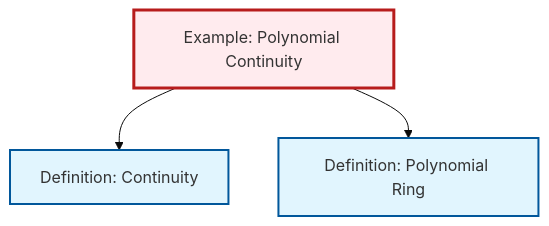
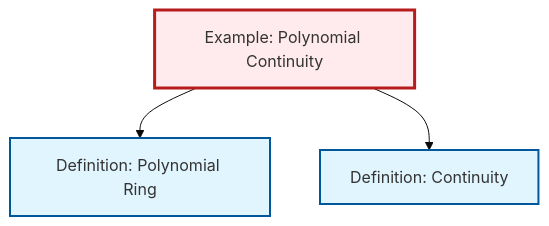
One commit to RK0429/ModernMath changed the diagram in content/en/analysis/ex-polynomial-continuity.qmd. Above: the diagram before and after it, drawn with Mermaid (base theme). The commit also changed other lines of this file and 360 other files, not shown here.

````diff
--- a/content/en/analysis/ex-polynomial-continuity.qmd
+++ b/content/en/analysis/ex-polynomial-continuity.qmd
@@ -57,17 +57,17 @@
 ```{mermaid}
 %%| fig-cap: "Local dependency graph"
 graph TD
     classDef definition fill:#e1f5fe,stroke:#01579b,stroke-width:2px
     classDef theorem fill:#f3e5f5,stroke:#4a148c,stroke-width:2px
     classDef axiom fill:#fff3e0,stroke:#e65100,stroke-width:2px
     classDef example fill:#e8f5e9,stroke:#1b5e20,stroke-width:2px
     classDef current fill:#ffebee,stroke:#b71c1c,stroke-width:3px
     ex-polynomial-continuity["Example: Polynomial Continuity"]:::example
     def-continuity["Definition: Continuity"]:::definition
     def-polynomial-ring["Definition: Polynomial Ring"]:::definition
+    ex-polynomial-continuity --> def-polynomial-ring
     ex-polynomial-continuity --> def-continuity
-    ex-polynomial-continuity --> def-polynomial-ring
     class ex-polynomial-continuity current
     click def-continuity "def-continuity.html" "Go to Continuity definition"
     click def-polynomial-ring "def-polynomial-ring.html" "Go to Polynomial Ring definition"
 ```
````
